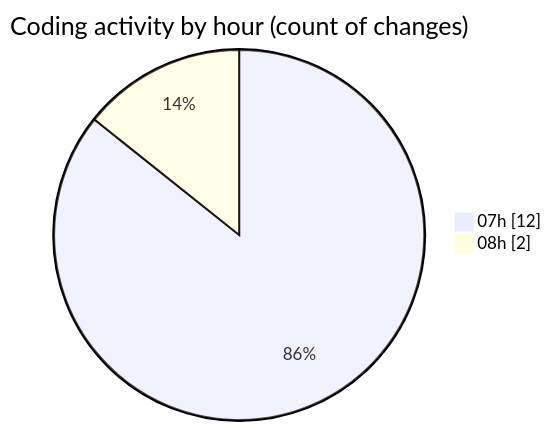
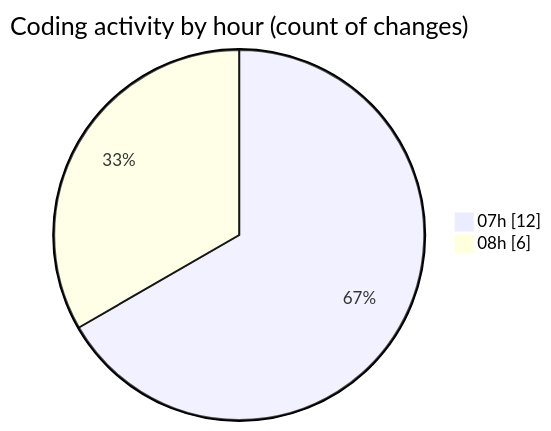
Before and after one commit to nxtqubesakshisongat/code-tracking: the second of 2 diagrams in 2026-02-23/nxtqube_webapp/README.md, drawn with Mermaid. The commit also changed other lines of this file and 1 other file, not shown here.

````diff
--- a/2026-02-23/nxtqube_webapp/README.md
+++ b/2026-02-23/nxtqube_webapp/README.md
@@ -28,6 +28,6 @@
 ```mermaid
 pie showData
 title Coding activity by hour (count of changes)
 "07h" : 12
-"08h" : 2
+"08h" : 6
 ```
````
